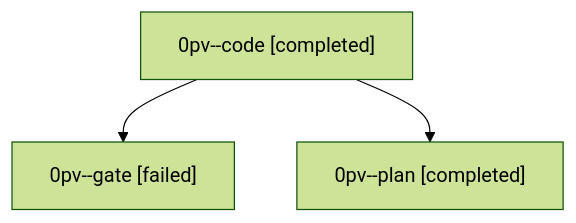
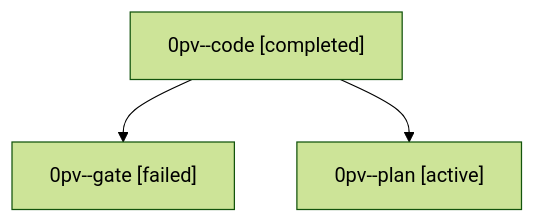
The diagram in families/bbugyi200.athena.0pv.md (sase-org/sase--agents), drawn with Mermaid (forest theme) before and after one commit. The commit also changed other lines of this file and 35830 other files, not shown here.

````diff
--- a/families/bbugyi200.athena.0pv.md
+++ b/families/bbugyi200.athena.0pv.md
@@ -9,8 +9,8 @@
 ```mermaid
 flowchart TD
   n0["0pv--code [completed]"]
   n1["0pv--gate [failed]"]
   n0 --> n1
-  n2["0pv--plan [completed]"]
+  n2["0pv--plan [active]"]
   n0 --> n2
 ```
````
